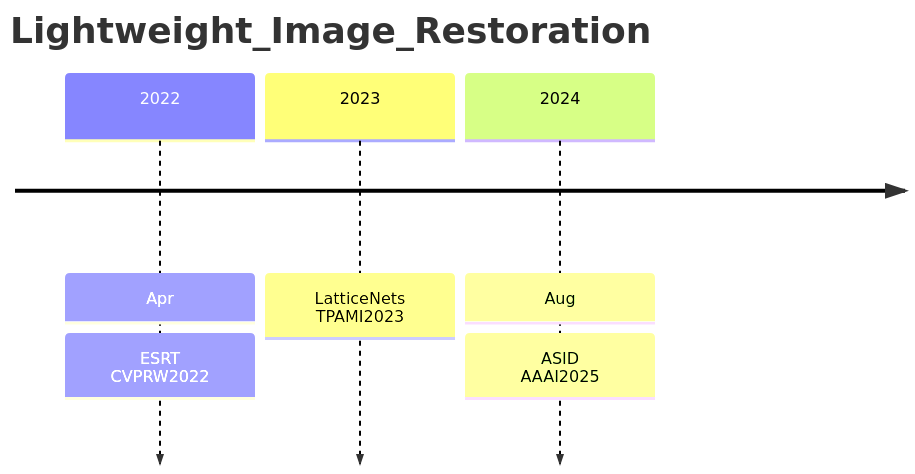
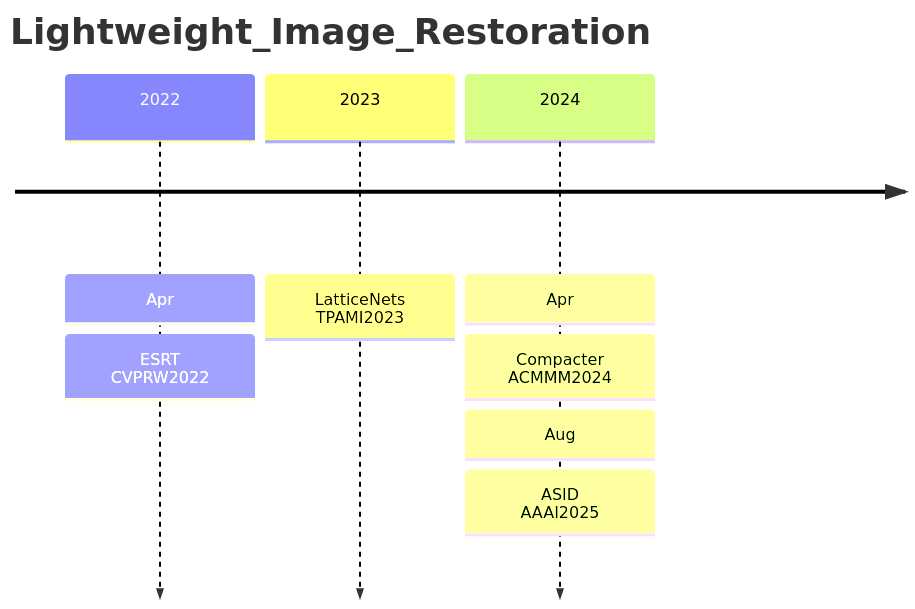
The first of 4 diagrams in CV/Lightweight/analyse.md (Elephant-King9/Paper), drawn with Mermaid before and after one commit. The commit also changed other lines of this file and 8 other files, not shown here.

````diff
--- a/CV/Lightweight/analyse.md
+++ b/CV/Lightweight/analyse.md
@@ -5,9 +5,11 @@
 ```mermaid
 timeline
     title Lightweight_Image_Restoration
     2022: Apr
     		: ESRT<br>CVPRW2022
     2023: LatticeNets<br>TPAMI2023
-    2024: Aug
+    2024: Apr
+    		: Compacter<br>ACMMM2024
+    		: Aug
     		: ASID<br>AAAI2025 
 ```
````
